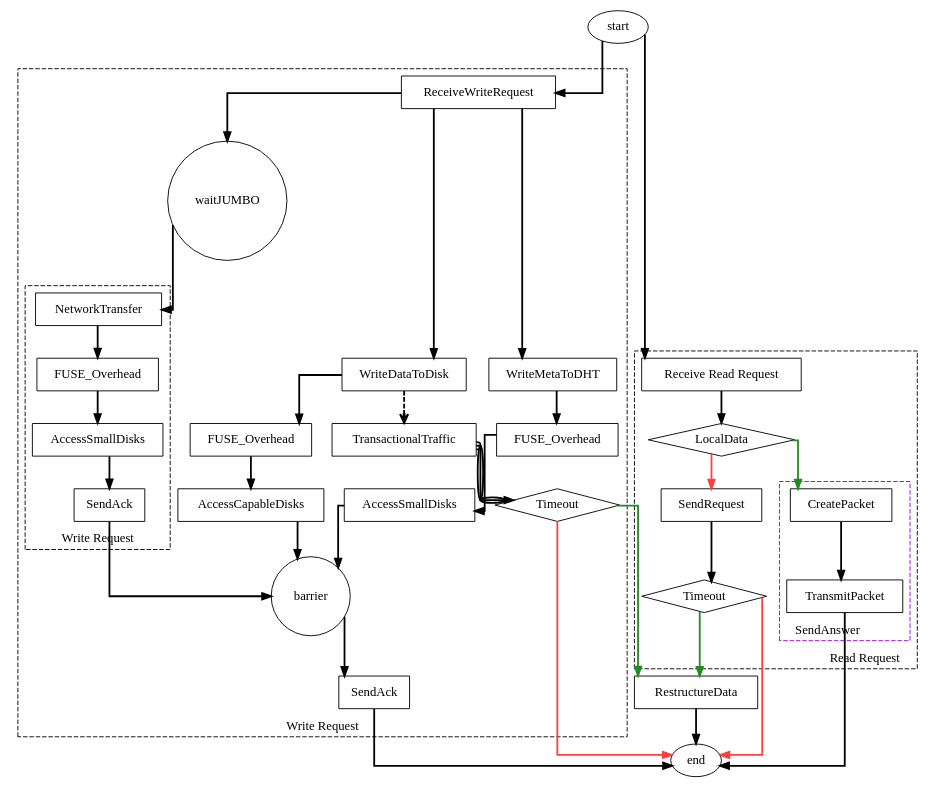
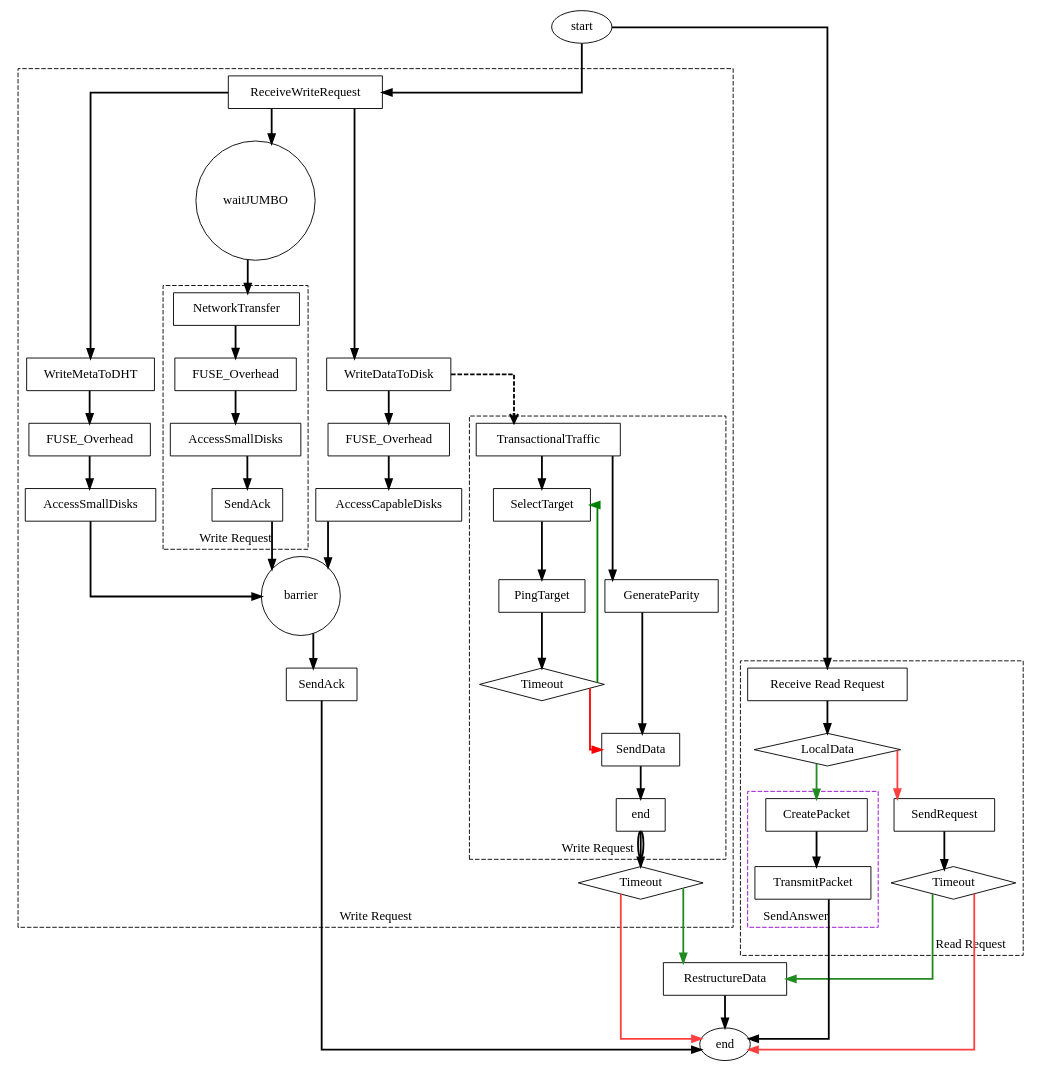
One commit to DanX3/ddn_dht changed the diagram in graphs/server.gv. Above: the diagram before and after it, drawn with Graphviz. The commit also changed 2 other files, not shown here.

Commit message:
added some transacional traffic

```diff
--- a/graphs/server.gv
+++ b/graphs/server.gv
@@ -1,62 +1,72 @@
 digraph {
     style = dashed
     splines=ortho
     nodesep=0.3
     node [shape=box]
     start [shape=oval]
     edge [penwidth=2]
     end [shape=oval]
 
     start -> "Receive Read Request"
     subgraph cluster_0 {
         label = "Read Request" labelloc="b" labeljust="r"
         timeout_1[shape=diamond label="Timeout"]
         LocalData [shape=diamond]
 
         "Receive Read Request" -> LocalData
         LocalData -> CreatePacket [color=forestgreen]
 
         subgraph cluster {
             label = "SendAnswer" labelloc="b" labeljust="l"
             color = darkviolet
 
             CreatePacket -> TransmitPacket
         }
 
         LocalData -> SendRequest [color=brown1]
         SendRequest -> timeout_1
     }
     TransmitPacket -> end
     timeout_1 -> RestructureData [color=forestgreen]
     timeout_1 -> end [color=brown1]
 
     start -> ReceiveWriteRequest
     subgraph cluster {
         label = "Write Request" labelloc="b"
         timeout_2[label="Timeout" shape=diamond]
         barrier[shape=circle label="barrier"]
         waitJUMBO [shape=circle]
         accessSmallDisks[label="AccessSmallDisks"]
         FUSE_Overhead_2 [label=FUSE_Overhead]
         WriteDataToDisk -> TransactionalTraffic [arrowhead=open style=dashed]
 
         ReceiveWriteRequest ->  WriteDataToDisk -> FUSE_Overhead -> AccessCapableDisks -> barrier
         ReceiveWriteRequest -> WriteMetaToDHT -> FUSE_Overhead_2 -> accessSmallDisks ->barrier
         ReceiveWriteRequest -> waitJUMBO -> NetworkTransfer
         subgraph cluster_propagation {
             FUSE [label="FUSE_Overhead"]
             send_ack[label="SendAck"]
             NetworkTransfer -> FUSE -> 
             AccessSmallDisks -> send_ack
         }
         send_ack -> barrier
         barrier -> SendAck
-        TransactionalTraffic -> timeout_2 [color="black:invis:black:invis:black"
+
+        #subgraph for TransactionalTraffic
+        subgraph cluster_1 {
+            endTrans [label="end"]
+            TransTimeout[label="Timeout" shape=diamond]
+            TransactionalTraffic -> SelectTarget -> PingTarget -> TransTimeout
+            TransTimeout -> SendData [color=red]
+            TransTimeout -> SelectTarget [color=green]
+            TransactionalTraffic -> GenerateParity -> SendData ->  endTrans
+        }
+        endTrans -> timeout_2 [color="black:invis:black:invis:black"
             edgetooltip="Calls to multiple nodes"]
     }
     timeout_2 -> end [color=brown1]
     timeout_2 -> RestructureData [color=forestgreen]
     RestructureData -> end
     SendAck -> end
 
 }
```
